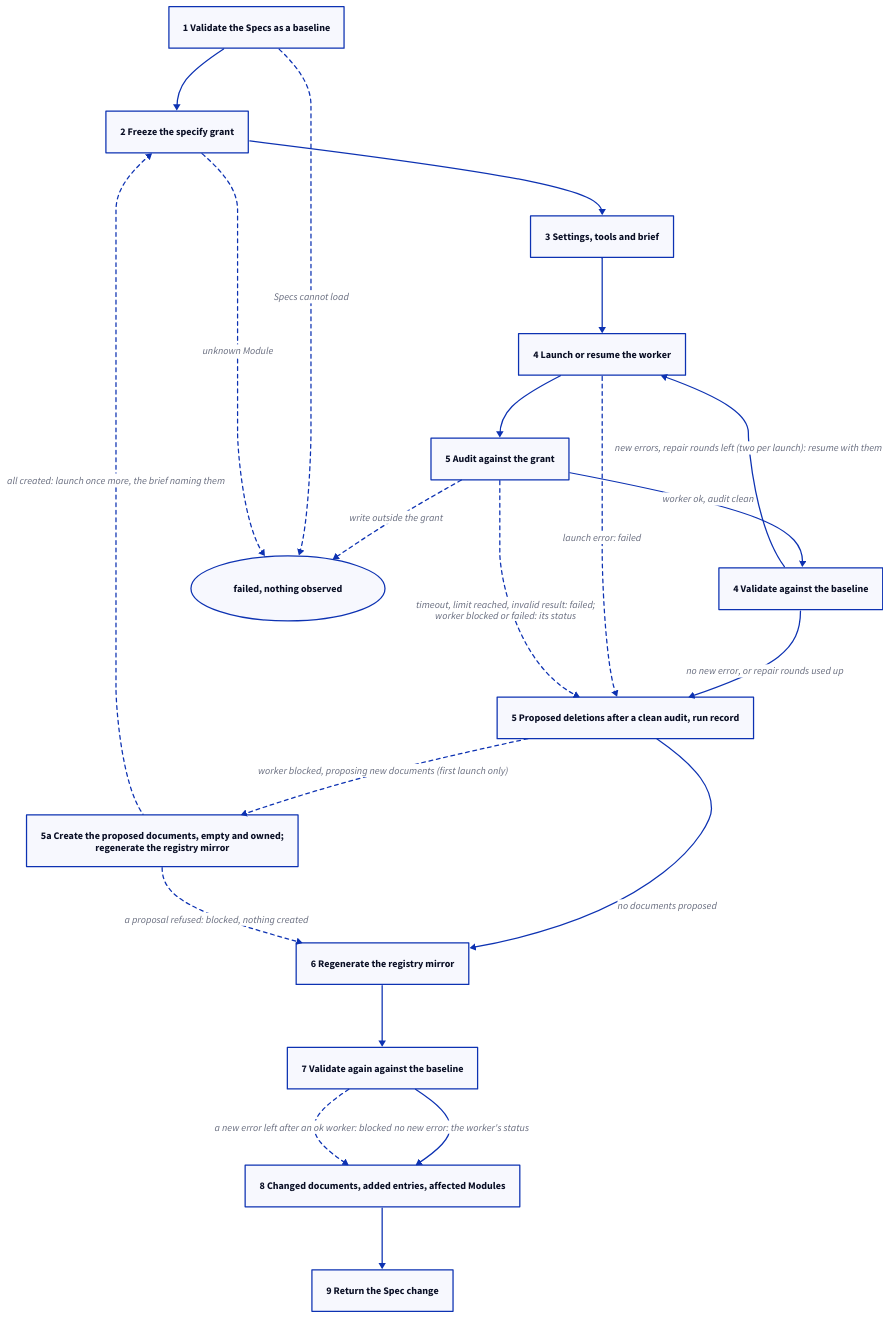
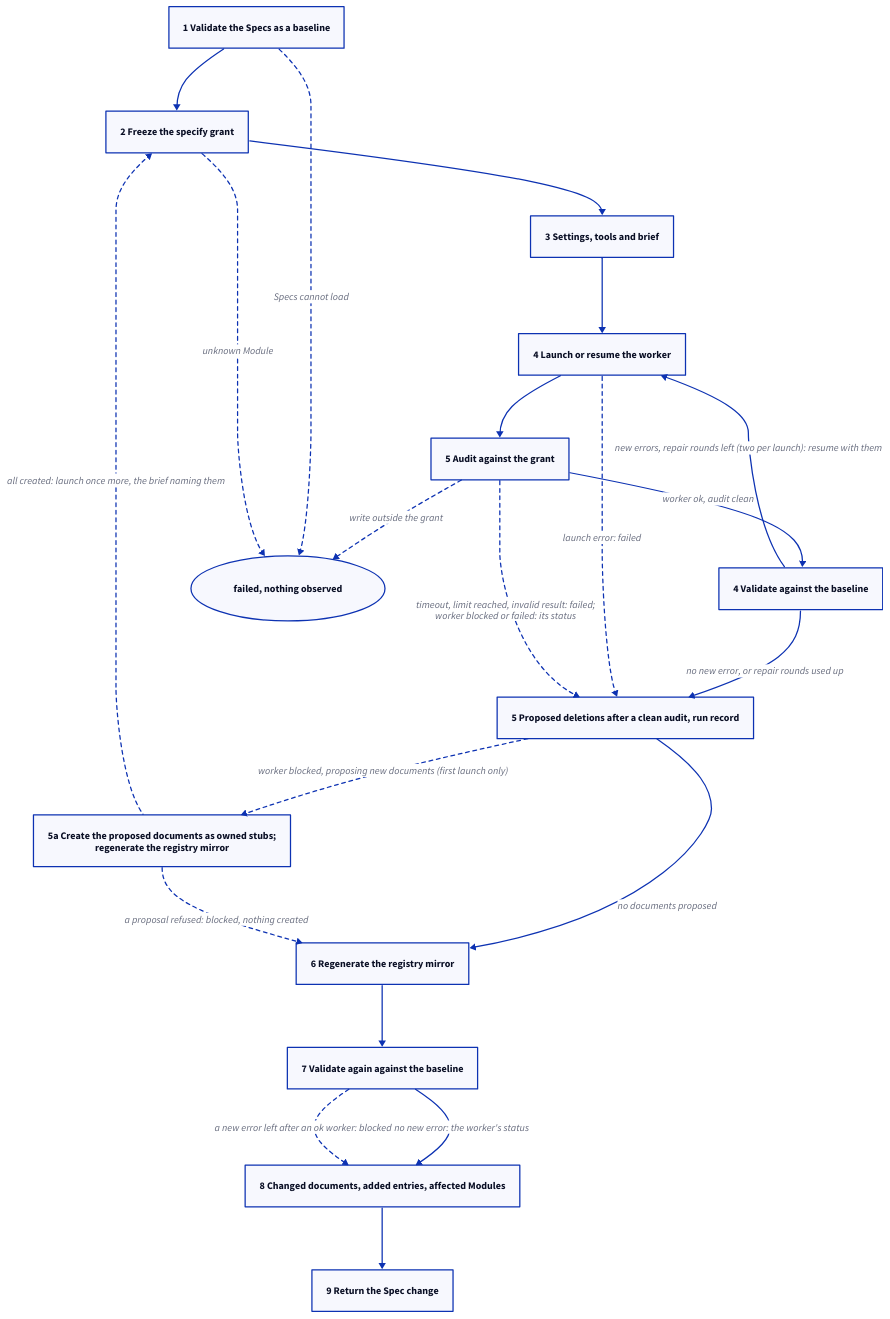
The second of 2 diagrams in specs/concorde/method/specification/module.md (FTOD/concorde), drawn with D2 before and after one commit. The commit also changed other lines of this file and 5 other files, not shown here.

````diff
--- a/specs/concorde/method/specification/module.md
+++ b/specs/concorde/method/specification/module.md
@@ -238,33 +239,33 @@
 ```d2 illustrative
 direction: down
 baseline: 1 Validate the Specs as a baseline
 grant: 2 Freeze the specify grant
 brief: 3 Settings, tools and brief
 launch: 4 Launch or resume the worker
 audit: 5 Audit against the grant
 repair: 4 Validate against the baseline
 record: "5 Proposed deletions after a clean audit, run record"
-create: "5a Create the proposed documents, empty and owned;\nregenerate the registry mirror"
+create: "5a Create the proposed documents as owned stubs;\nregenerate the registry mirror"
 registry: 6 Regenerate the registry mirror
 validate: 7 Validate again against the baseline
 impact: 8 Changed documents, added entries, affected Modules
 output: 9 Return the Spec change
 stopped: "failed, nothing observed" {shape: oval}
 baseline -> grant -> brief -> launch -> audit
 audit -> repair: worker ok, audit clean
 launch <- repair: "new errors, repair rounds left (two per launch): resume with them"
 repair -> record: "no new error, or repair rounds used up"
 launch -> record: "launch error: failed" {style.stroke-dash: 3}
 audit -> record: "timeout, limit reached, invalid result: failed;\nworker blocked or failed: its status" {style.stroke-dash: 3}
 audit -> stopped: write outside the grant {style.stroke-dash: 3}
 record -> registry: "no documents proposed"
 record -> create: "worker blocked, proposing new documents (first launch only)" {style.stroke-dash: 3}
 grant <- create: "all created: launch once more, the brief naming them" {style.stroke-dash: 3}
 create -> registry: "a proposal refused: blocked, nothing created" {style.stroke-dash: 3}
 baseline -> stopped: Specs cannot load {style.stroke-dash: 3}
 grant -> stopped: unknown Module {style.stroke-dash: 3}
 registry -> validate
 validate -> impact: "no new error: the worker's status"
 validate -> impact: "a new error left after an ok worker: blocked" {style.stroke-dash: 3}
 impact -> output
 ```
````
